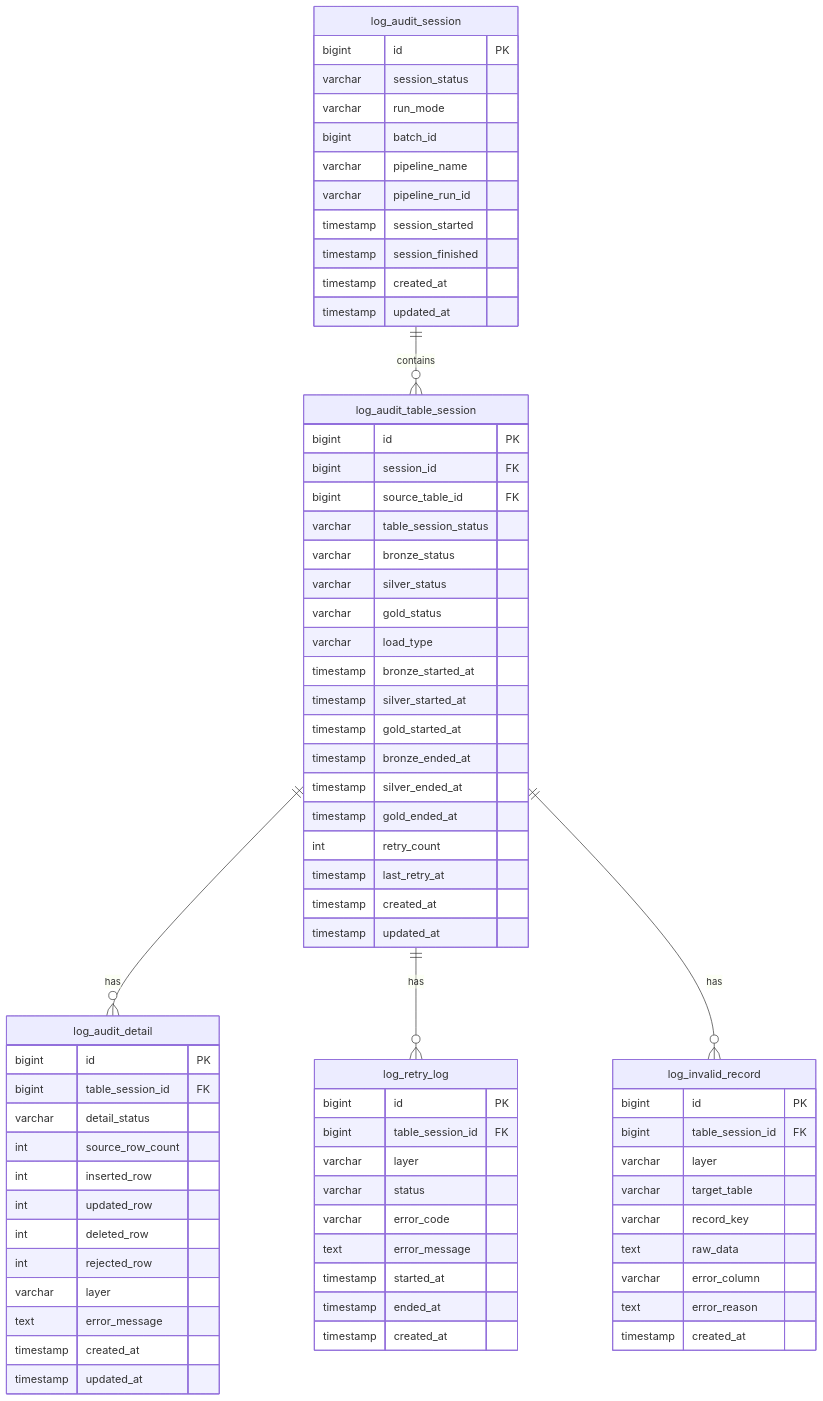
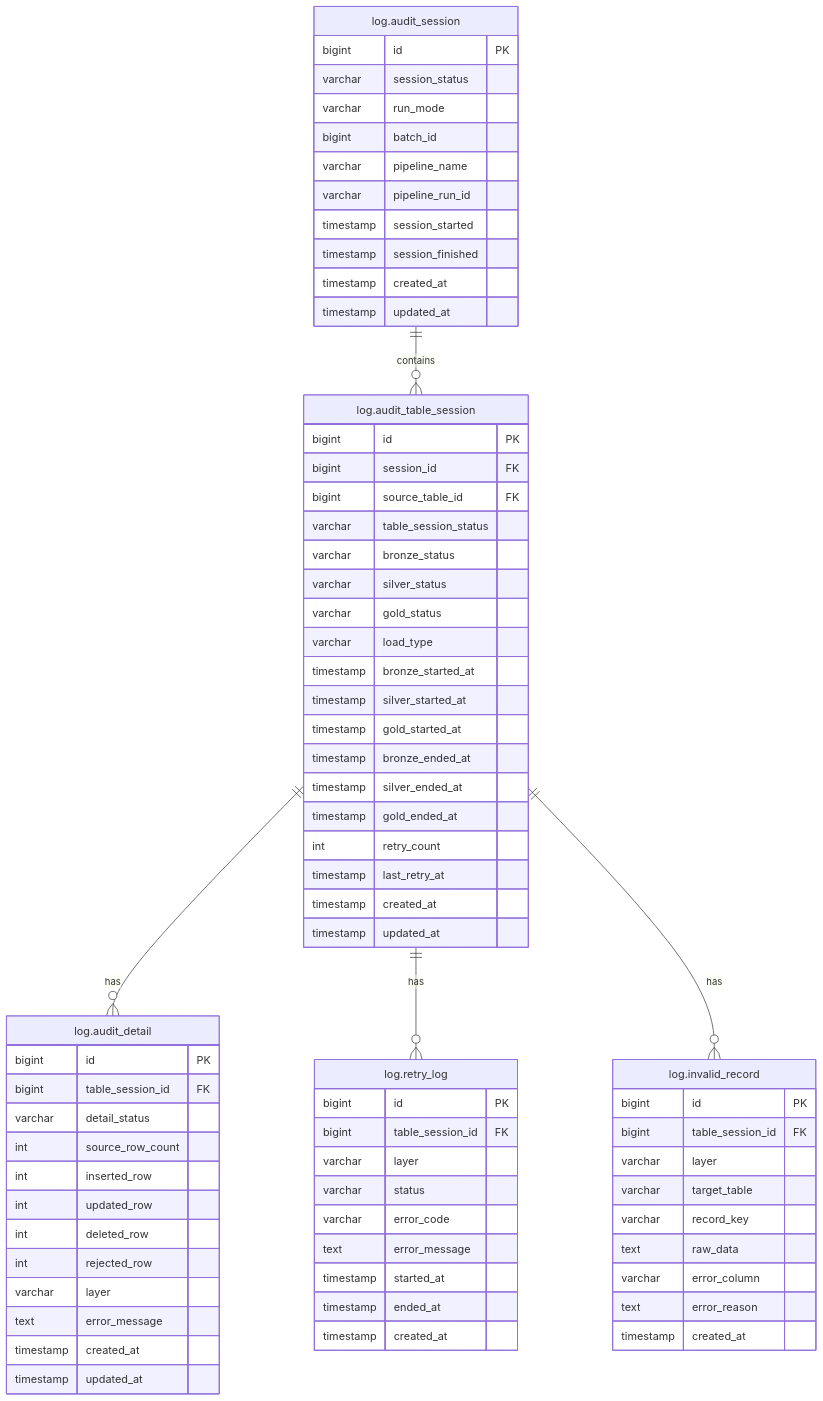
One commit to anhtnt90dev/rookies-data-dn-2026 changed the second of 2 diagrams in docs/architecture/team-1/data-workflow-control-strategy.md. Above: the diagram before and after it, drawn with Mermaid. The commit also changed other lines of this file, not shown here.

Commit message:
docs: update diagram table names to match table definitions

````diff
--- a/docs/architecture/team-1/data-workflow-control-strategy.md
+++ b/docs/architecture/team-1/data-workflow-control-strategy.md
@@ -128,80 +128,80 @@
 ```mermaid
 erDiagram
-    log_audit_session ||--o{ log_audit_table_session : contains
-    log_audit_table_session ||--o{ log_audit_detail : has
-    log_audit_table_session ||--o{ log_retry_log : has
-    log_audit_table_session ||--o{ log_invalid_record : has
+    log.audit_session ||--o{ log.audit_table_session : contains
+    log.audit_table_session ||--o{ log.audit_detail : has
+    log.audit_table_session ||--o{ log.retry_log : has
+    log.audit_table_session ||--o{ log.invalid_record : has
 
-    log_audit_session {
+    log.audit_session {
         bigint id PK
         varchar session_status
         varchar run_mode
         bigint batch_id
         varchar pipeline_name
         varchar pipeline_run_id
         timestamp session_started
         timestamp session_finished
         timestamp created_at
         timestamp updated_at
     }
 
-    log_audit_table_session {
+    log.audit_table_session {
         bigint id PK
         bigint session_id FK
         bigint source_table_id FK
         varchar table_session_status
         varchar bronze_status
         varchar silver_status
         varchar gold_status
         varchar load_type
         timestamp bronze_started_at
         timestamp silver_started_at
         timestamp gold_started_at
         timestamp bronze_ended_at
         timestamp silver_ended_at
         timestamp gold_ended_at
         int retry_count
         timestamp last_retry_at
         timestamp created_at
         timestamp updated_at
     }
 
-    log_audit_detail {
+    log.audit_detail {
         bigint id PK
         bigint table_session_id FK
         varchar detail_status
         int source_row_count
         int inserted_row
         int updated_row
         int deleted_row
         int rejected_row
         varchar layer
         text error_message
         timestamp created_at
         timestamp updated_at
     }
 
-    log_retry_log {
+    log.retry_log {
         bigint id PK
         bigint table_session_id FK
         varchar layer
         varchar status
         varchar error_code
         text error_message
         timestamp started_at
         timestamp ended_at
         timestamp created_at
     }
 
-    log_invalid_record {
+    log.invalid_record {
         bigint id PK
         bigint table_session_id FK
         varchar layer
         varchar target_table
         varchar record_key
         text raw_data
         varchar error_column
         text error_reason
         timestamp created_at
     }
 ```
````
